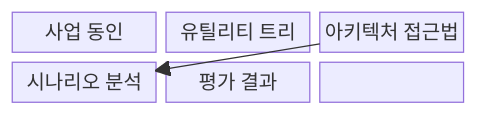
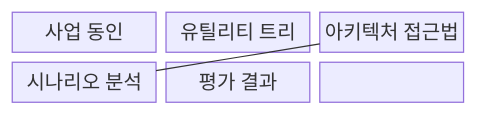
The first of 2 diagrams in src/content/docs/notes/03-software/071_atam.md (agnusdei1207/knowledge-base), drawn with Mermaid before and after one commit. The commit also changed other lines of this file and 493 other files, not shown here.

````diff
--- a/src/content/docs/notes/03-software/071_atam.md
+++ b/src/content/docs/notes/03-software/071_atam.md
@@ -67,11 +67,11 @@
 ```mermaid
-block
+block-beta
   columns 3
   B["사업 동인"]
   U["유틸리티 트리"]
   A["아키텍처 접근법"]
   N["시나리오 분석"]
   R["평가 결과"]
-  B --> U --> N --> R
-  A --> N
+  B --- U --- N --- R
+  A --- N
 ```
````
